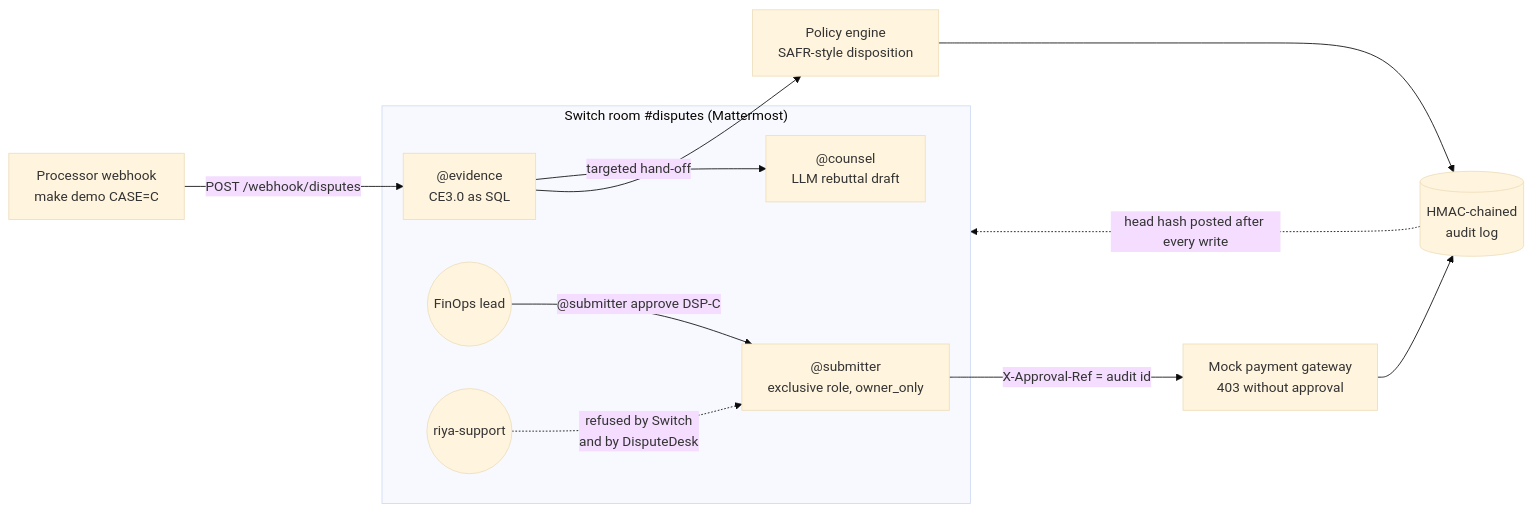
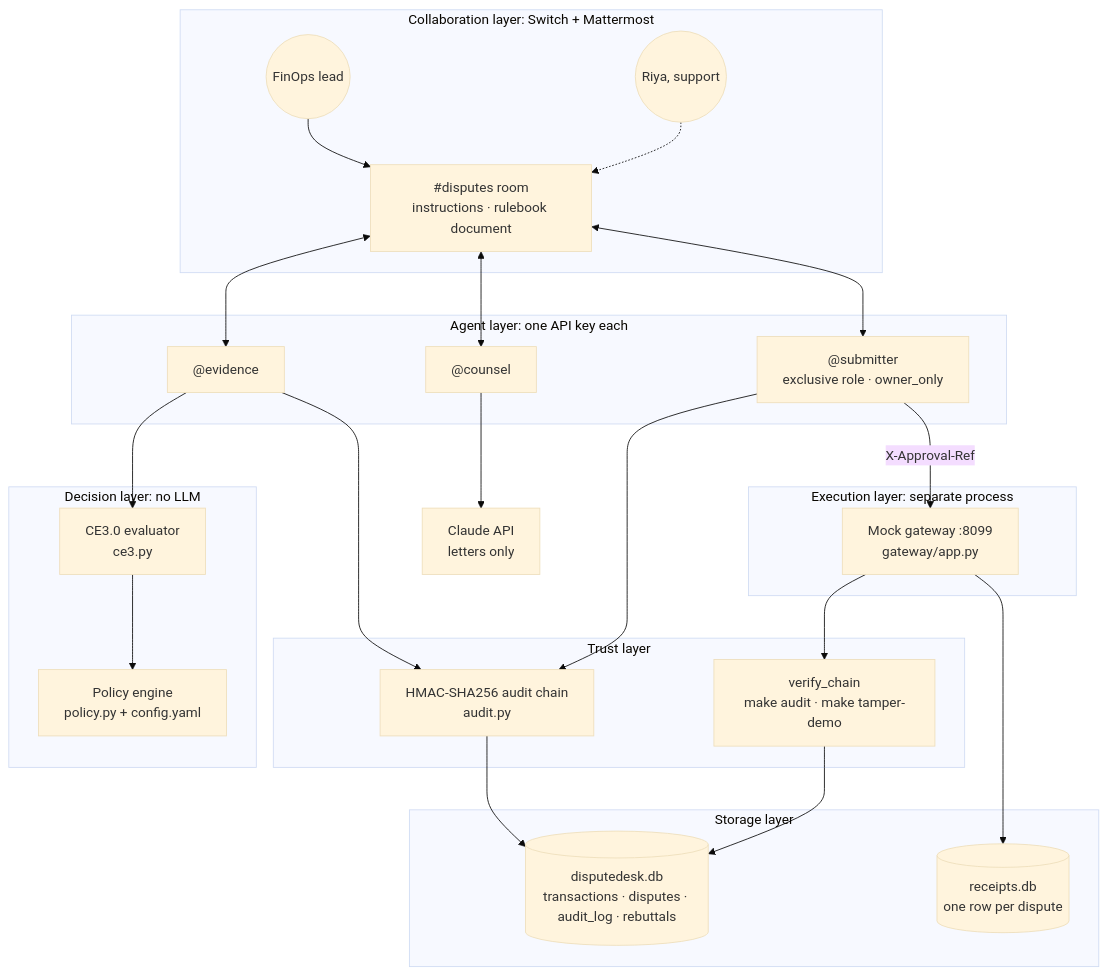
One commit to shro-2002/disputedesk changed the second of 2 diagrams in README.md. Above: the diagram before and after it, drawn with Mermaid (base theme). The commit also changed other lines of this file and 6 other files, not shown here.

````diff
--- a/README.md
+++ b/README.md
@@ -9,15 +341,50 @@
 ```mermaid
-flowchart LR
-    PSP[Processor webhook<br/>make demo CASE=C] -->|POST /webhook/disputes| EV
-    subgraph Room["Switch room #disputes (Mattermost)"]
-        EV["@evidence<br/>CE3.0 as SQL"] -->|targeted hand-off| CO["@counsel<br/>LLM rebuttal draft"]
-        LEAD((FinOps lead)) -->|"@submitter approve DSP-C"| SU
-        RIYA((riya-support)) -.->|refused by Switch<br/>and by DisputeDesk| SU
-        SU["@submitter<br/>exclusive role, owner_only"]
+flowchart TB
+    subgraph Collab["Collaboration layer: Switch + Mattermost"]
+        Room["#disputes room<br/>instructions · rulebook document"]
+        Lead(("FinOps lead"))
+        Riya(("Riya, support"))
     end
-    EV --> POL[Policy engine<br/>SAFR-style disposition]
-    POL --> AUD[(HMAC-chained<br/>audit log)]
-    SU -->|X-Approval-Ref = audit id| GW[Mock payment gateway<br/>403 without approval]
-    GW --> AUD
-    AUD -.->|head hash posted after every write| Room
+
+    subgraph Agents["Agent layer: one API key each"]
+        EV["@evidence"]
+        CO["@counsel"]
+        SU["@submitter<br/>exclusive role · owner_only"]
+    end
+
+    subgraph Decide["Decision layer: no LLM"]
+        CE3["CE3.0 evaluator<br/>ce3.py"]
+        POL["Policy engine<br/>policy.py + config.yaml"]
+    end
+
+    subgraph Exec["Execution layer: separate process"]
+        GW["Mock gateway :8099<br/>gateway/app.py"]
+    end
+
+    subgraph Trust["Trust layer"]
+        AUD["HMAC-SHA256 audit chain<br/>audit.py"]
+        VER["verify_chain<br/>make audit · make tamper-demo"]
+    end
+
+    subgraph Store["Storage layer"]
+        DB[("disputedesk.db<br/>transactions · disputes · audit_log · rebuttals")]
+        RC[("receipts.db<br/>one row per dispute")]
+    end
+
+    Claude["Claude API<br/>letters only"]
+
+    Lead --> Room
+    Riya -.-> Room
+    Room <--> EV
+    Room <--> CO
+    Room <--> SU
+    EV --> CE3 --> POL
+    CO --> Claude
+    EV --> AUD
+    SU --> AUD
+    SU -->|"X-Approval-Ref"| GW
+    GW --> VER
+    AUD --> DB
+    VER --> DB
+    GW --> RC
 ```
````
